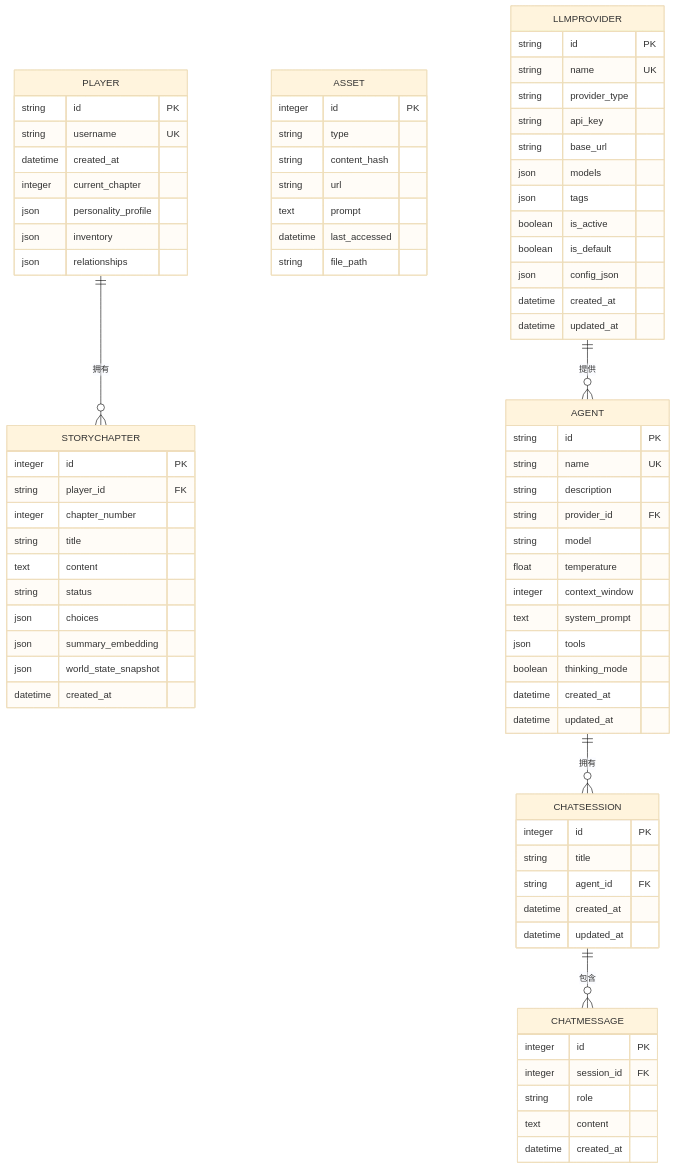
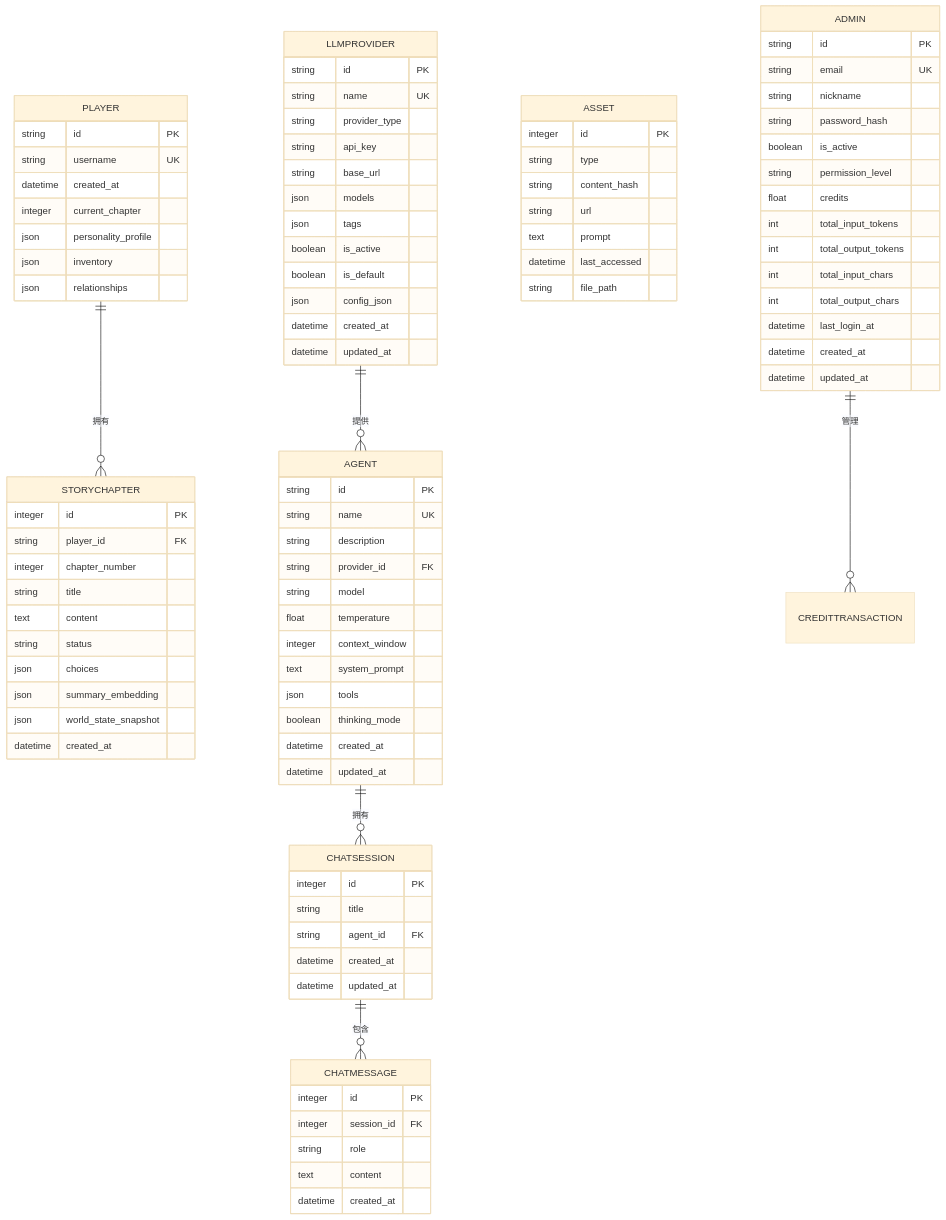
The fifth of 8 diagrams in .qoder/repowiki/zh/content/后端开发指南/API路由系统/管理员管理API.md (KunLabAI/KunFlix), drawn with Mermaid (base theme) before and after one commit. The commit also changed other lines of this file and 4 other files, not shown here.

````diff
--- a/.qoder/repowiki/zh/content/后端开发指南/API路由系统/管理员管理API.md
+++ b/.qoder/repowiki/zh/content/后端开发指南/API路由系统/管理员管理API.md
@@ -185,5 +260,21 @@
 ```mermaid
 erDiagram
+ADMIN {
+string id PK
+string email UK
+string nickname
+string password_hash
+boolean is_active
+string permission_level
+float credits
+int total_input_tokens
+int total_output_tokens
+int total_input_chars
+int total_output_chars
+datetime last_login_at
+datetime created_at
+datetime updated_at
+}
 PLAYER {
 string id PK
 string username UK
@@ -256,6 +347,7 @@
 text content
 datetime created_at
 }
+ADMIN ||--o{ CREDITTRANSACTION : "管理"
 PLAYER ||--o{ STORYCHAPTER : "拥有"
 LLMPROVIDER ||--o{ AGENT : "提供"
 AGENT ||--o{ CHATSESSION : "拥有"
````
